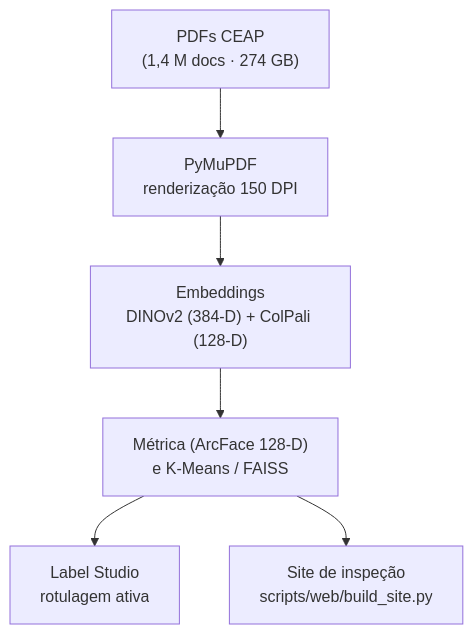
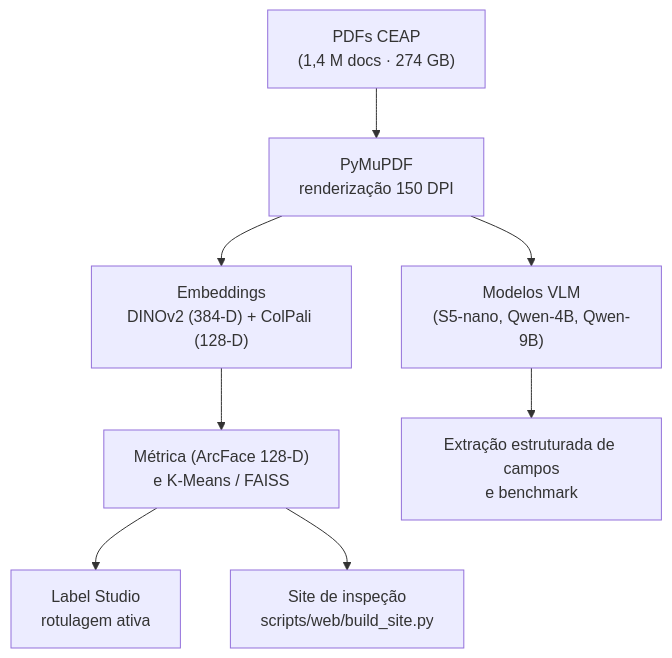
One commit to lucasdocunha/masters changed the diagram in README.md. Above: the diagram before and after it, drawn with Mermaid. The commit also changed other lines of this file, not shown here.

Commit message:
docs(readme): adiciona exemplo de consulta ao ceap e comparativo de extracao vlm

````diff
--- a/README.md
+++ b/README.md
@@ -179,8 +179,10 @@
 ```mermaid
 flowchart TD
     A["PDFs CEAP<br>(1,4 M docs · 274 GB)"] --> B["PyMuPDF<br>renderização 150 DPI"]
     B --> C["Embeddings<br>DINOv2 (384-D) + ColPali (128-D)"]
+    B --> E_VLM["Modelos VLM<br>(S5-nano, Qwen-4B, Qwen-9B)"]
     C --> D["Métrica (ArcFace 128-D)<br>e K-Means / FAISS"]
     D --> E["Label Studio<br>rotulagem ativa"]
     D --> G["Site de inspeção<br>scripts/web/build_site.py"]
+    E_VLM --> H["Extração estruturada de campos<br>e benchmark"]
 ```
````
